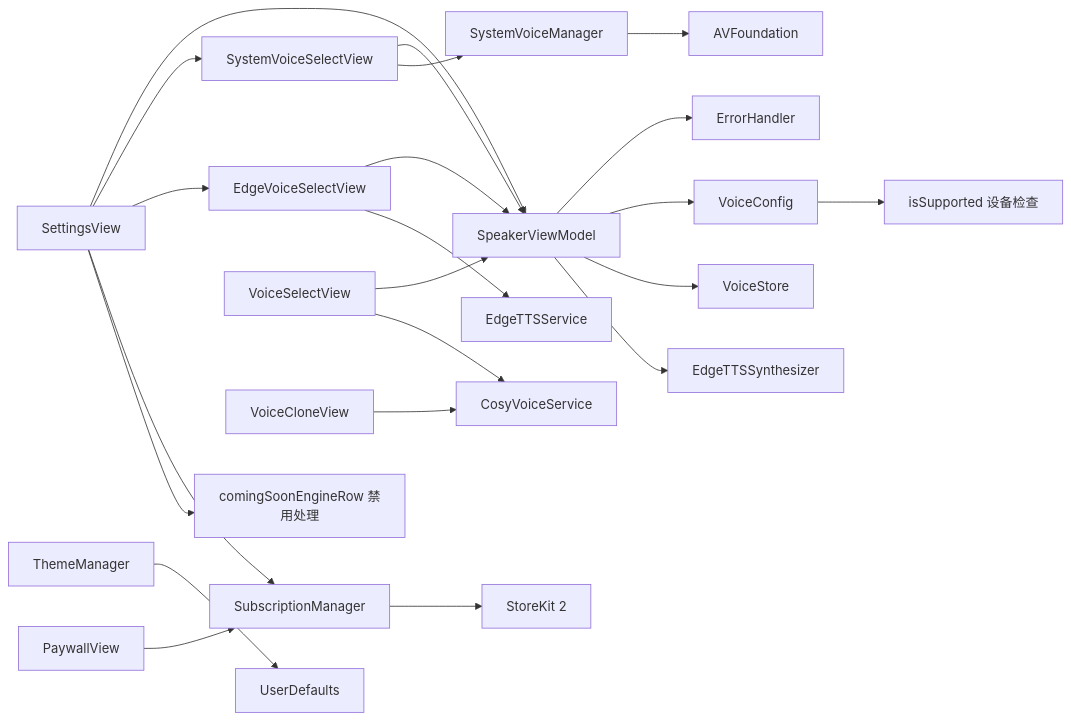
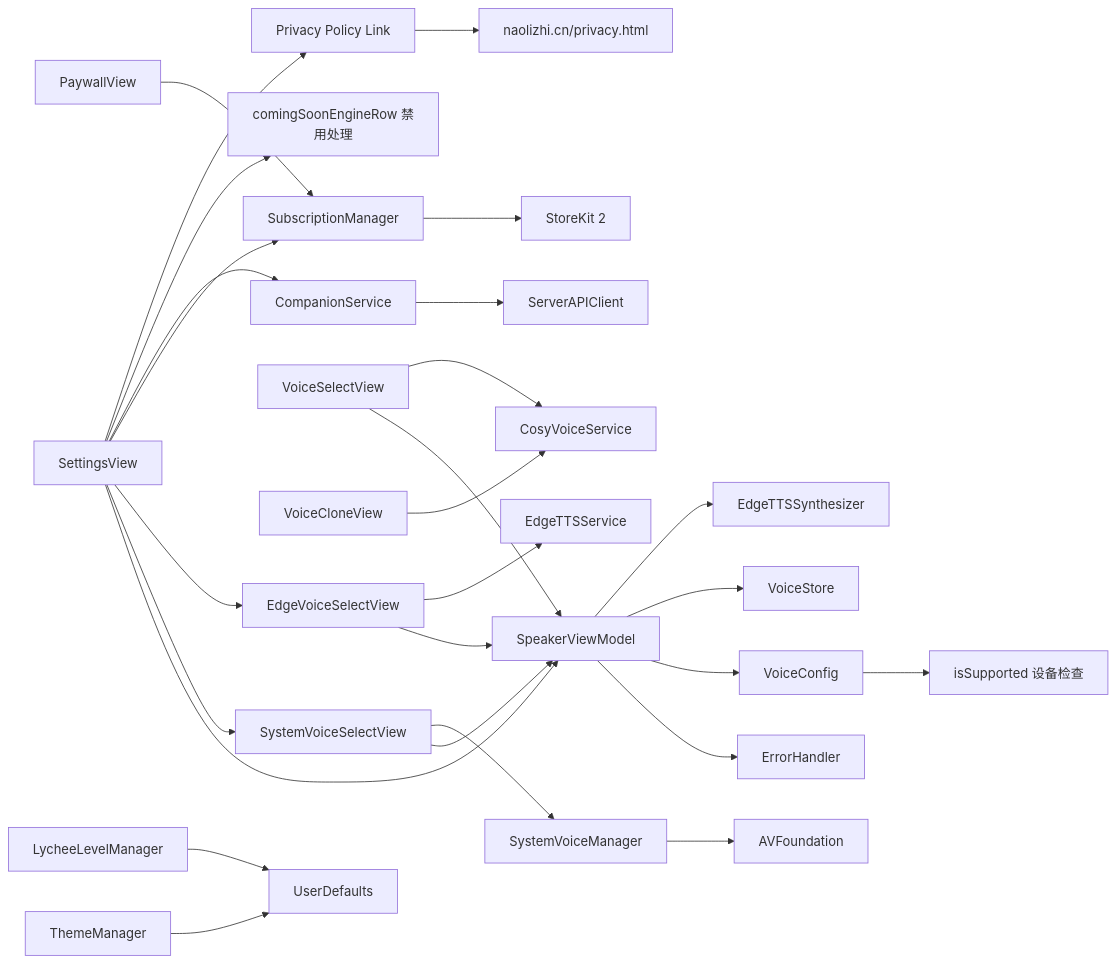
One commit to Primoguo/VoiceReader changed diagram 17 of 17 in .qoder/repowiki/zh/content/用户界面设计/设置界面/设置界面.md. Above: the diagram before and after it, drawn with Mermaid. The commit also changed other lines of this file and 92 other files, not shown here.

````diff
--- a/.qoder/repowiki/zh/content/用户界面设计/设置界面/设置界面.md
+++ b/.qoder/repowiki/zh/content/用户界面设计/设置界面/设置界面.md
@@ -733,24 +988,29 @@
 ```mermaid
 graph LR
 SV["SettingsView"] --> SVM["SpeakerViewModel"]
 SV --> SYSVS["SystemVoiceSelectView"]
 SV --> EVSV["EdgeVoiceSelectView"]
 SV --> SM["SubscriptionManager"]
+SV --> CS["CompanionService"]
 PV["PaywallView"] --> SM
 VSV["VoiceSelectView"] --> SVM
 VSV --> CVS["CosyVoiceService"]
 VCV["VoiceCloneView"] --> CVS
 SYSVS --> SVM
 SYSVS --> SYSVM["SystemVoiceManager"]
 EVSV --> SVM
 EVSV --> ETS["EdgeTTSService"]
 SVM --> EH["ErrorHandler"]
 SVM --> VC["VoiceConfig"]
 SVM --> VS["VoiceStore"]
 SVM --> ETSS["EdgeTTSSynthesizer"]
 TM["ThemeManager"] --> UD["UserDefaults"]
 VC --> IS["isSupported 设备检查"]
 SYSVM --> AVF["AVFoundation"]
 SV --> CSER["comingSoonEngineRow 禁用处理"]
 SM --> SK["StoreKit 2"]
+CS --> SAPIC["ServerAPIClient"]
+LLM["LycheeLevelManager"] --> UD
+SV --> PP["Privacy Policy Link"]
+PP --> WEB["naolizhi.cn/privacy.html"]
 ```
````
